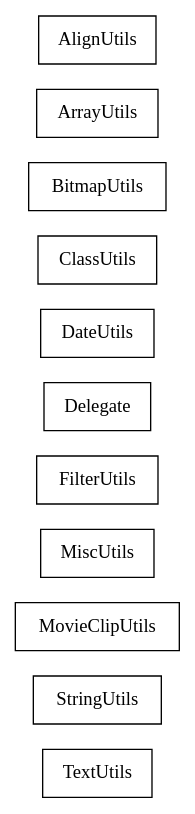
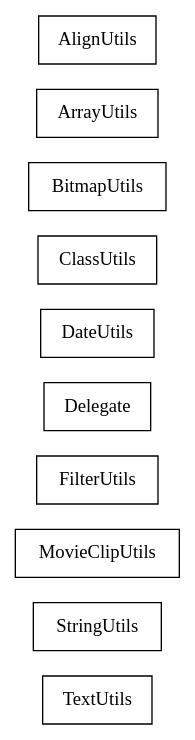
Before and after one commit to sekati/sasapi: the diagram in docs/com/sekati/utils/classes.dot, drawn with Graphviz. The commit also changed 95 other files, not shown here.

```diff
--- a/docs/com/sekati/utils/classes.dot
+++ b/docs/com/sekati/utils/classes.dot
@@ -1,69 +1,63 @@
 strict digraph class_diagram {
   rankdir=LR;
   TypeTextUtils[
     label="TextUtils",
     URL="TextUtils.html",
     tooltip="com.sekati.utils.TextUtils",
     shape="record"
   ];
   TypeStringUtils[
     label="StringUtils",
     URL="StringUtils.html",
     tooltip="com.sekati.utils.StringUtils",
     shape="record"
   ];
   TypeMovieClipUtils[
     label="MovieClipUtils",
     URL="MovieClipUtils.html",
     tooltip="com.sekati.utils.MovieClipUtils",
-    shape="record"
-  ];
-  TypeMiscUtils[
-    label="MiscUtils",
-    URL="MiscUtils.html",
-    tooltip="com.sekati.utils.MiscUtils",
     shape="record"
   ];
   TypeFilterUtils[
     label="FilterUtils",
     URL="FilterUtils.html",
     tooltip="com.sekati.utils.FilterUtils",
     shape="record"
   ];
   TypeDelegate[
     label="Delegate",
     URL="Delegate.html",
     tooltip="com.sekati.utils.Delegate",
     shape="record"
   ];
   TypeDateUtils[
     label="DateUtils",
     URL="DateUtils.html",
     tooltip="com.sekati.utils.DateUtils",
     shape="record"
   ];
   TypeClassUtils[
     label="ClassUtils",
     URL="ClassUtils.html",
     tooltip="com.sekati.utils.ClassUtils",
     shape="record"
   ];
   TypeBitmapUtils[
     label="BitmapUtils",
     URL="BitmapUtils.html",
     tooltip="com.sekati.utils.BitmapUtils",
     shape="record"
   ];
   TypeArrayUtils[
     label="ArrayUtils",
     URL="ArrayUtils.html",
     tooltip="com.sekati.utils.ArrayUtils",
     shape="record"
   ];
   TypeAlignUtils[
     label="AlignUtils",
     URL="AlignUtils.html",
     tooltip="com.sekati.utils.AlignUtils",
     shape="record"
   ];
 }
```
